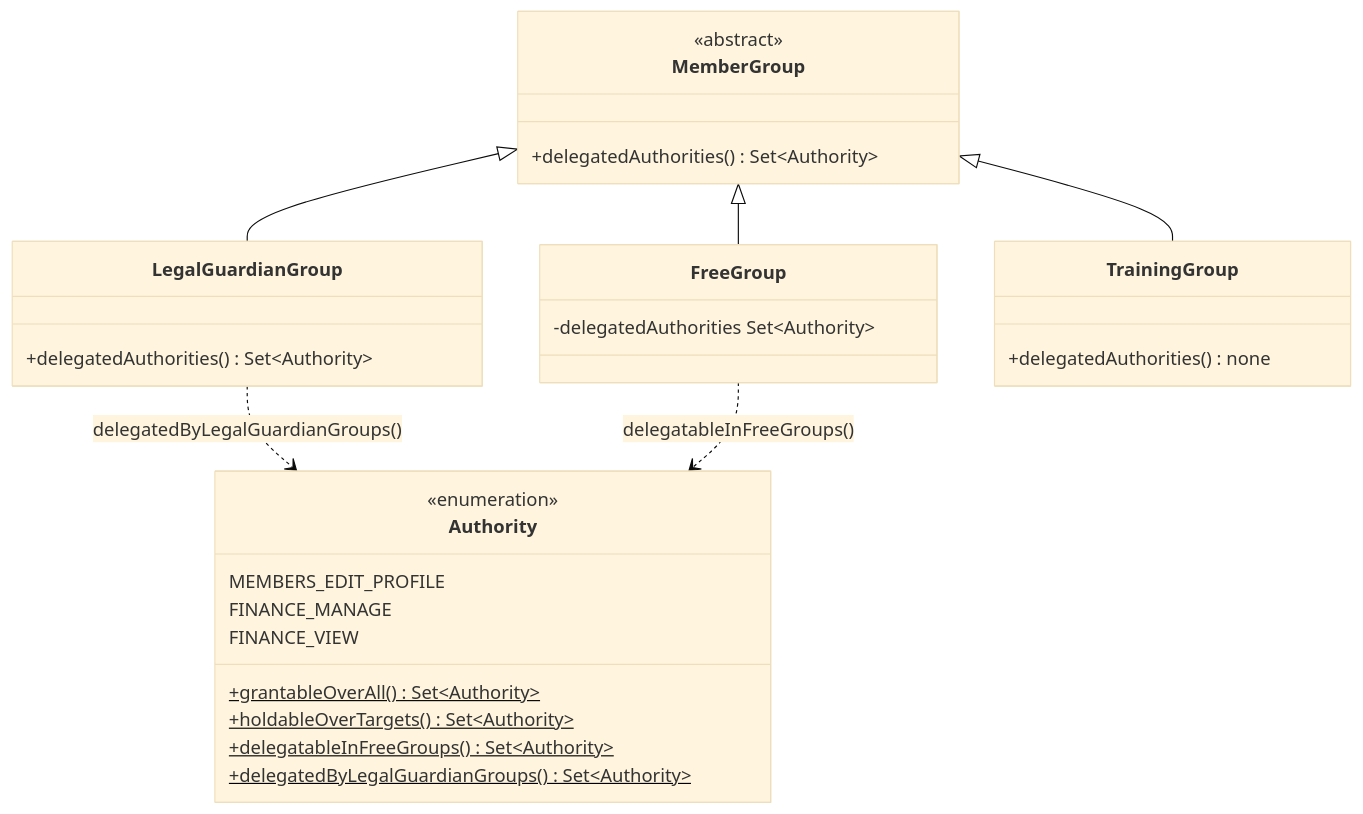
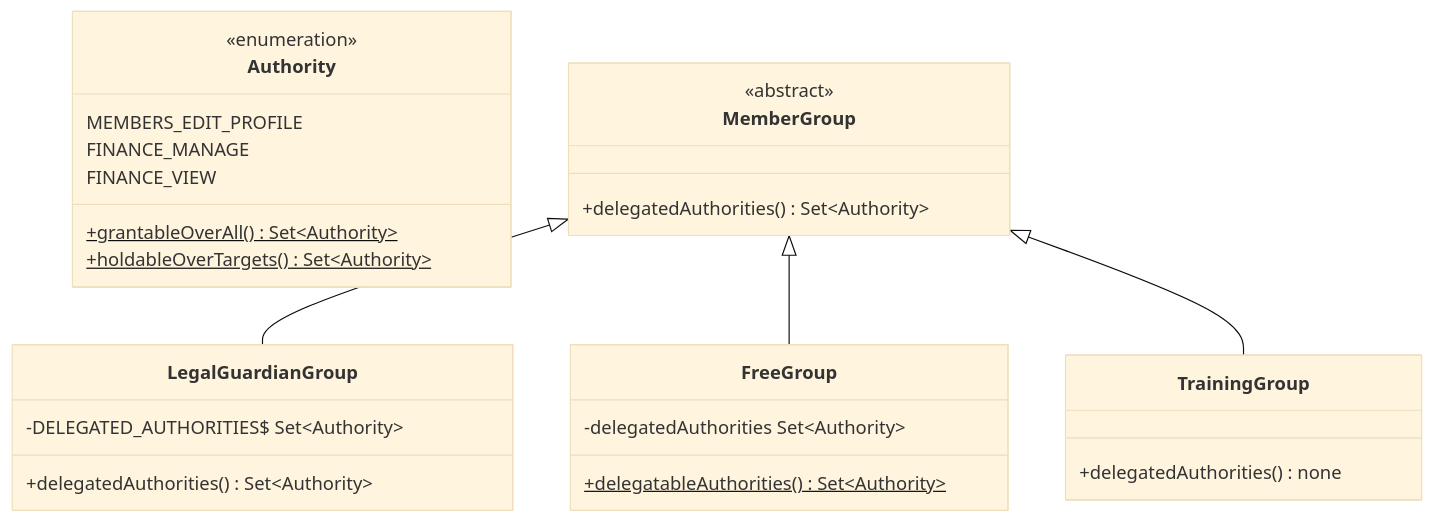
Before and after one commit to zabiny/klabis: the diagram in openspec/changes/gh-451-guardian-views-minor-account/design.md, drawn with Mermaid (base theme). The commit also changed other lines of this file and 16 other files, not shown here.

First line of the commit message:
refactor(groups): move delegation sets into group aggregates, share Czech collator (#451)

````diff
--- a/openspec/changes/gh-451-guardian-views-minor-account/design.md
+++ b/openspec/changes/gh-451-guardian-views-minor-account/design.md
@@ -56,31 +56,29 @@
 ```mermaid
 classDiagram
     class Authority {
         <<enumeration>>
         MEMBERS_EDIT_PROFILE
         FINANCE_MANAGE
         FINANCE_VIEW
         +grantableOverAll()$ Set~Authority~
         +holdableOverTargets()$ Set~Authority~
-        +delegatableInFreeGroups()$ Set~Authority~
-        +delegatedByLegalGuardianGroups()$ Set~Authority~
     }
     class MemberGroup {
         <<abstract>>
         +delegatedAuthorities() Set~Authority~
     }
     class LegalGuardianGroup {
+        -DELEGATED_AUTHORITIES$ Set~Authority~
         +delegatedAuthorities() Set~Authority~
     }
     class FreeGroup {
         -delegatedAuthorities Set~Authority~
+        +delegatableAuthorities()$ Set~Authority~
     }
     class TrainingGroup {
         +delegatedAuthorities() none
     }
     MemberGroup <|-- LegalGuardianGroup
     MemberGroup <|-- FreeGroup
     MemberGroup <|-- TrainingGroup
-    LegalGuardianGroup ..> Authority : delegatedByLegalGuardianGroups()
-    FreeGroup ..> Authority : delegatableInFreeGroups()
 ```
````
